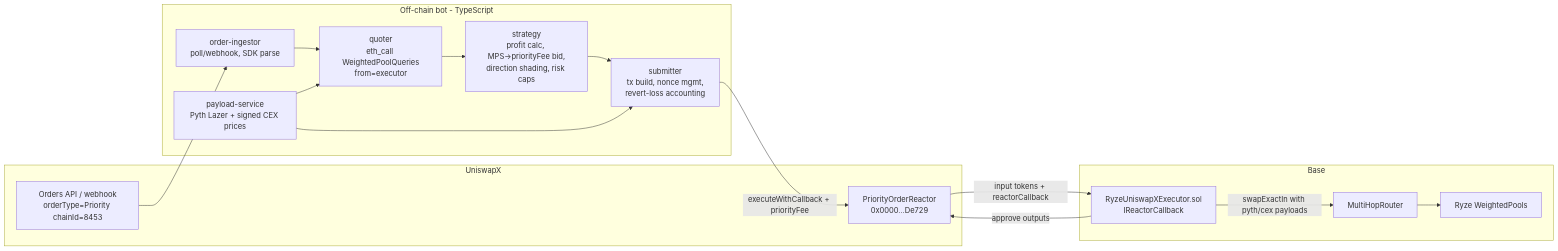
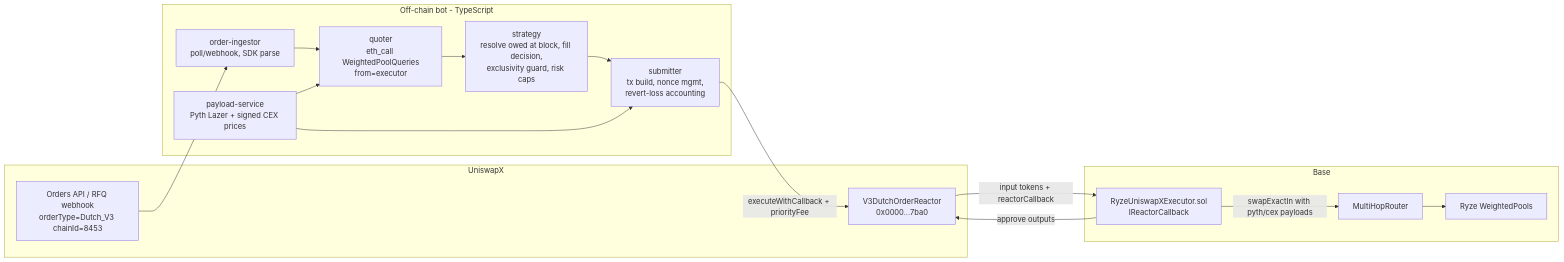
The diagram in ARCHITECTURE.md (amityadav0/filler), drawn with Mermaid before and after one commit. The commit also changed other lines of this file and 31 other files, not shown here.

````diff
--- a/ARCHITECTURE.md
+++ b/ARCHITECTURE.md
@@ -50,29 +60,29 @@
 ```mermaid
 flowchart LR
     subgraph uniswap [UniswapX]
-        API[Orders API / webhook<br/>orderType=Priority chainId=8453]
-        Reactor[PriorityOrderReactor<br/>0x0000...De729]
+        API[Orders API / RFQ webhook<br/>orderType=Dutch_V3 chainId=8453]
+        Reactor[V3DutchOrderReactor<br/>0x0000...7ba0]
     end
 
     subgraph bot [Off-chain bot - TypeScript]
         Ingest[order-ingestor<br/>poll/webhook, SDK parse]
         Quoter[quoter<br/>eth_call WeightedPoolQueries<br/>from=executor]
-        Strategy[strategy<br/>profit calc, MPS→priorityFee bid,<br/>direction shading, risk caps]
+        Strategy[strategy<br/>resolve owed at block, fill decision,<br/>exclusivity guard, risk caps]
         Payload[payload-service<br/>Pyth Lazer + signed CEX prices]
         Submit[submitter<br/>tx build, nonce mgmt,<br/>revert-loss accounting]
     end
 
     subgraph chain [Base]
         Exec[RyzeUniswapXExecutor.sol<br/>IReactorCallback]
         Router[MultiHopRouter]
         Pools[Ryze WeightedPools]
     end
 
     API --> Ingest --> Quoter --> Strategy --> Submit
     Payload --> Quoter
     Payload --> Submit
     Submit -->|executeWithCallback + priorityFee| Reactor
     Reactor -->|input tokens + reactorCallback| Exec
     Exec -->|swapExactIn with pyth/cex payloads| Router --> Pools
     Exec -->|approve outputs| Reactor
 ```
````
